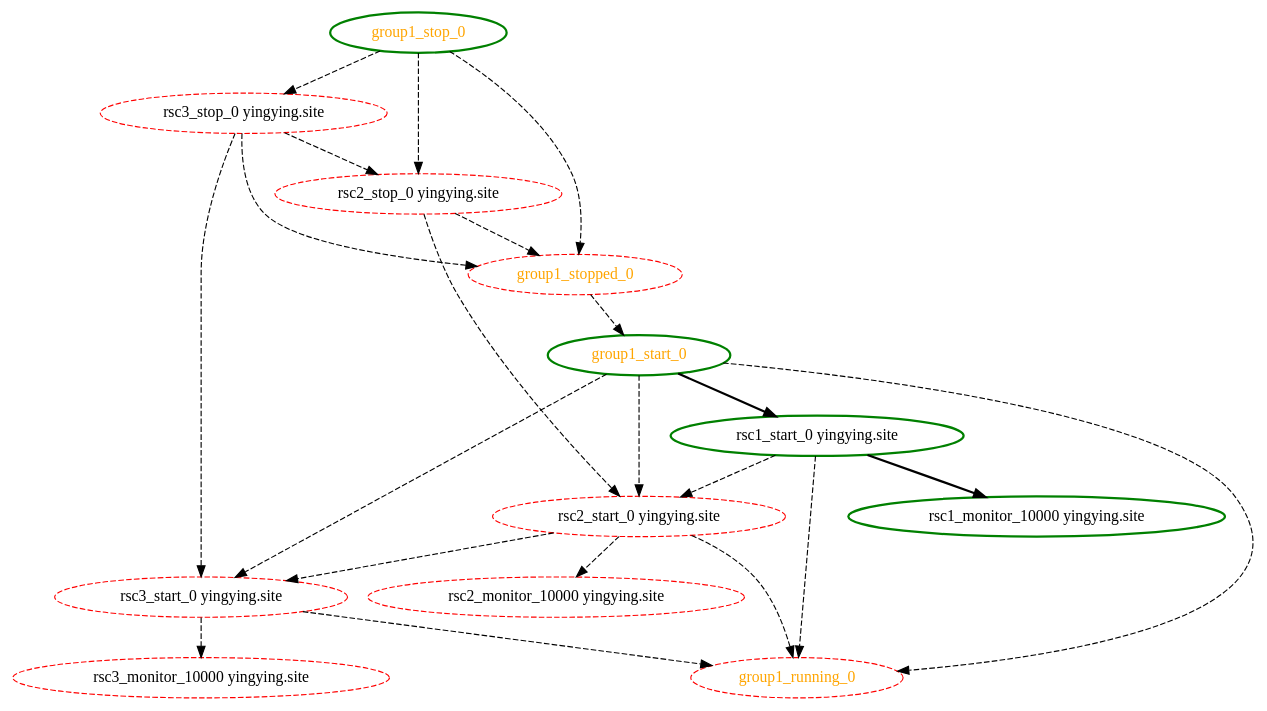
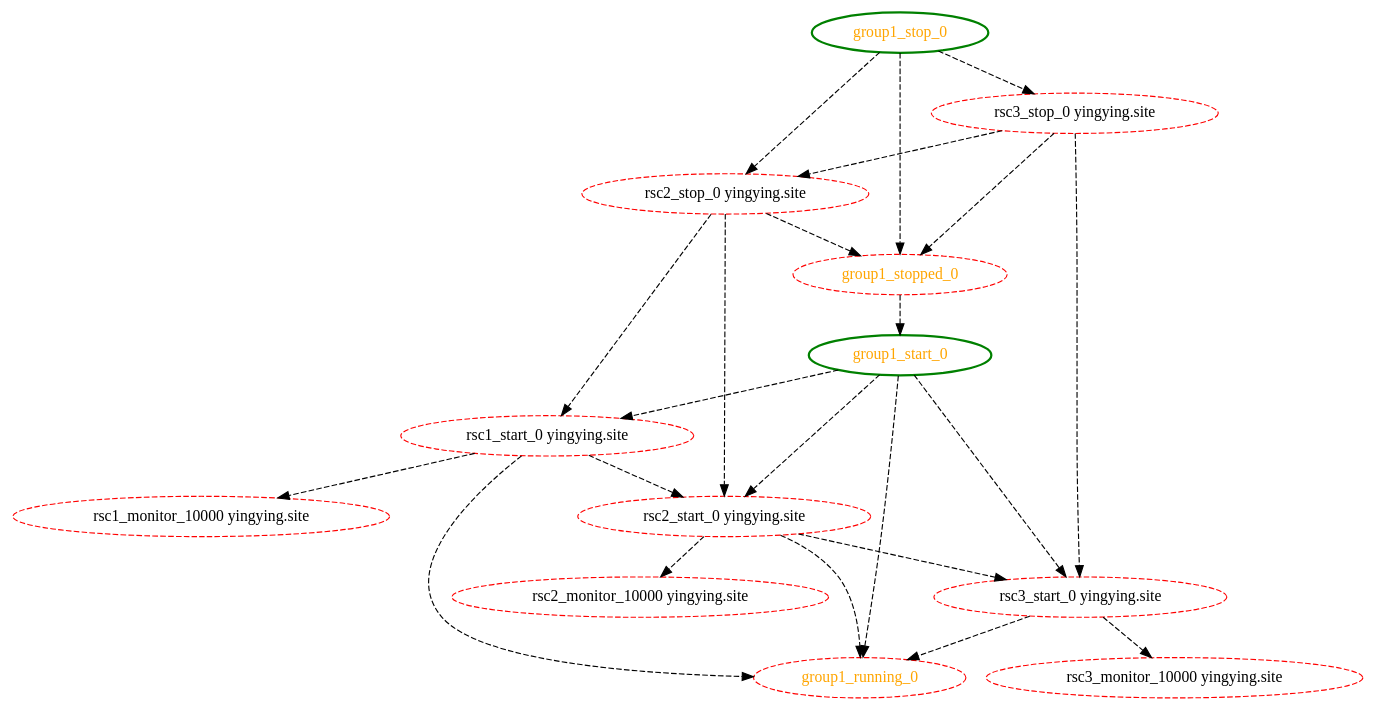
Before and after one commit to ClusterLabs/pacemaker: the diagram in cts/scheduler/dot/unmanaged-block-restart.dot, drawn with Graphviz. The commit also changed 7 other files, not shown here.

```diff
--- a/cts/scheduler/dot/unmanaged-block-restart.dot
+++ b/cts/scheduler/dot/unmanaged-block-restart.dot
@@ -1,35 +1,36 @@
  digraph "g" {
 "group1_running_0" [ style=dashed color="red" fontcolor="orange"]
 "group1_start_0" -> "group1_running_0" [ style = dashed]
-"group1_start_0" -> "rsc1_start_0 yingying.site" [ style = bold]
+"group1_start_0" -> "rsc1_start_0 yingying.site" [ style = dashed]
 "group1_start_0" -> "rsc2_start_0 yingying.site" [ style = dashed]
 "group1_start_0" -> "rsc3_start_0 yingying.site" [ style = dashed]
 "group1_start_0" [ style=bold color="green" fontcolor="orange"]
 "group1_stop_0" -> "group1_stopped_0" [ style = dashed]
 "group1_stop_0" -> "rsc2_stop_0 yingying.site" [ style = dashed]
 "group1_stop_0" -> "rsc3_stop_0 yingying.site" [ style = dashed]
 "group1_stop_0" [ style=bold color="green" fontcolor="orange"]
 "group1_stopped_0" -> "group1_start_0" [ style = dashed]
 "group1_stopped_0" [ style=dashed color="red" fontcolor="orange"]
-"rsc1_monitor_10000 yingying.site" [ style=bold color="green" fontcolor="black"]
+"rsc1_monitor_10000 yingying.site" [ style=dashed color="red" fontcolor="black"]
 "rsc1_start_0 yingying.site" -> "group1_running_0" [ style = dashed]
-"rsc1_start_0 yingying.site" -> "rsc1_monitor_10000 yingying.site" [ style = bold]
+"rsc1_start_0 yingying.site" -> "rsc1_monitor_10000 yingying.site" [ style = dashed]
 "rsc1_start_0 yingying.site" -> "rsc2_start_0 yingying.site" [ style = dashed]
-"rsc1_start_0 yingying.site" [ style=bold color="green" fontcolor="black"]
+"rsc1_start_0 yingying.site" [ style=dashed color="red" fontcolor="black"]
 "rsc2_monitor_10000 yingying.site" [ style=dashed color="red" fontcolor="black"]
 "rsc2_start_0 yingying.site" -> "group1_running_0" [ style = dashed]
 "rsc2_start_0 yingying.site" -> "rsc2_monitor_10000 yingying.site" [ style = dashed]
 "rsc2_start_0 yingying.site" -> "rsc3_start_0 yingying.site" [ style = dashed]
 "rsc2_start_0 yingying.site" [ style=dashed color="red" fontcolor="black"]
 "rsc2_stop_0 yingying.site" -> "group1_stopped_0" [ style = dashed]
+"rsc2_stop_0 yingying.site" -> "rsc1_start_0 yingying.site" [ style = dashed]
 "rsc2_stop_0 yingying.site" -> "rsc2_start_0 yingying.site" [ style = dashed]
 "rsc2_stop_0 yingying.site" [ style=dashed color="red" fontcolor="black"]
 "rsc3_monitor_10000 yingying.site" [ style=dashed color="red" fontcolor="black"]
 "rsc3_start_0 yingying.site" -> "group1_running_0" [ style = dashed]
 "rsc3_start_0 yingying.site" -> "rsc3_monitor_10000 yingying.site" [ style = dashed]
 "rsc3_start_0 yingying.site" [ style=dashed color="red" fontcolor="black"]
 "rsc3_stop_0 yingying.site" -> "group1_stopped_0" [ style = dashed]
 "rsc3_stop_0 yingying.site" -> "rsc2_stop_0 yingying.site" [ style = dashed]
 "rsc3_stop_0 yingying.site" -> "rsc3_start_0 yingying.site" [ style = dashed]
 "rsc3_stop_0 yingying.site" [ style=dashed color="red" fontcolor="black"]
 }
```
